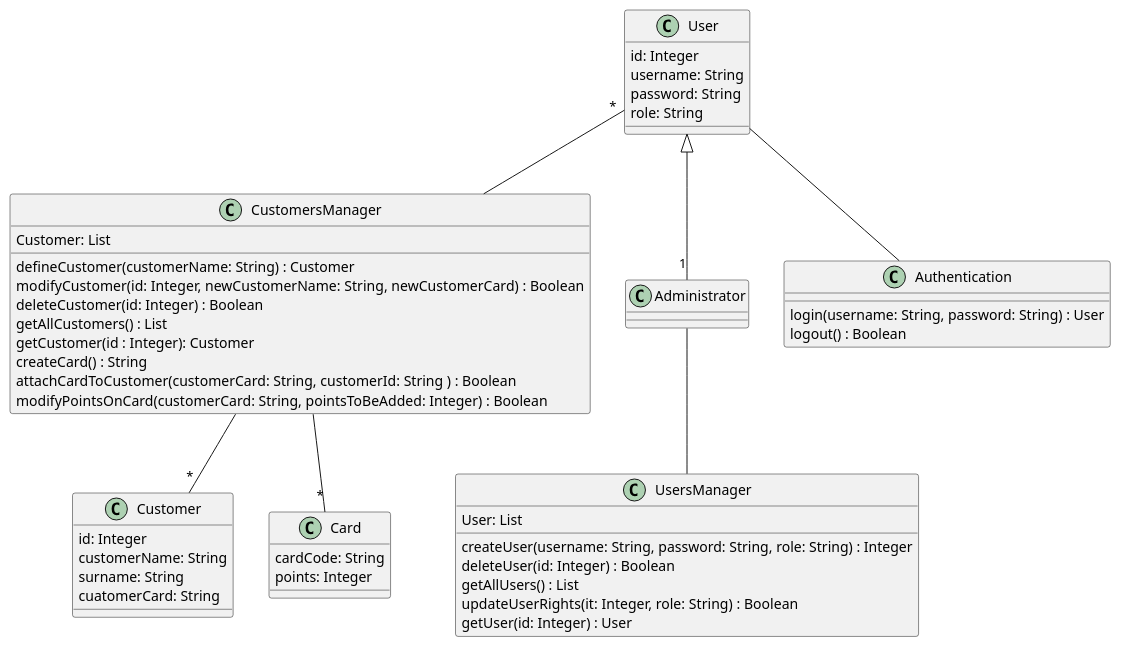
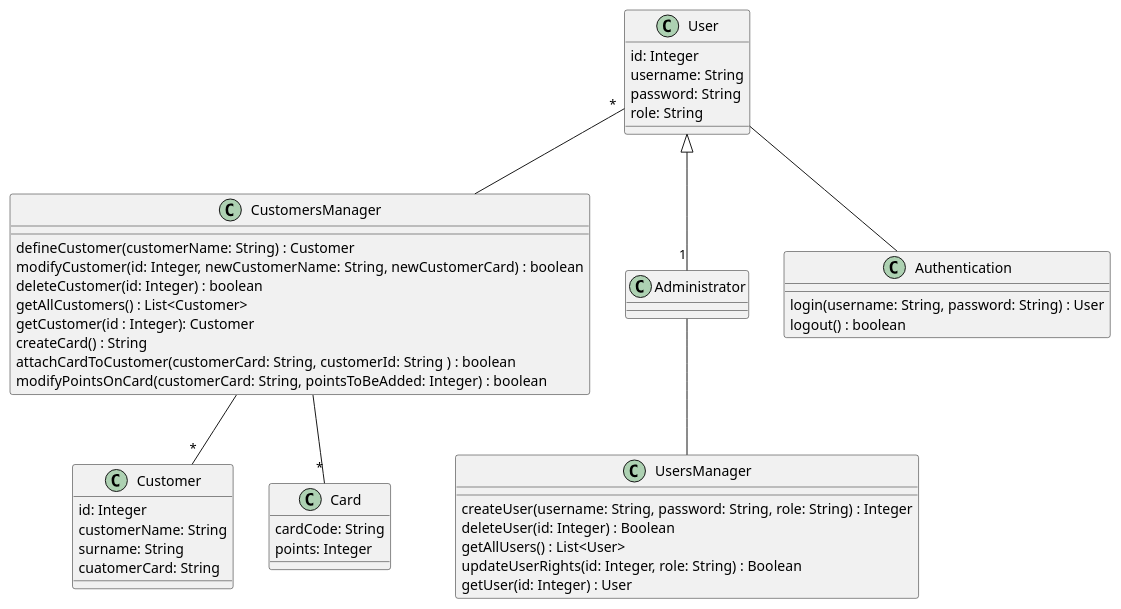
The second of 3 diagrams in Deliverables/DesignDocument.md (nicolabattaglino/ezshop), drawn with PlantUML before and after one commit. The commit also changed other lines of this file, not shown here.

````diff
--- a/Deliverables/DesignDocument.md
+++ b/Deliverables/DesignDocument.md
@@ -144,69 +187,68 @@
 ```plantuml
 @startuml
 
 class UsersManager{
-    User: List
     createUser(username: String, password: String, role: String) : Integer
     deleteUser(id: Integer) : Boolean
-    getAllUsers() : List
-    updateUserRights(it: Integer, role: String) : Boolean
+    getAllUsers() : List<User>
+    updateUserRights(id: Integer, role: String) : Boolean
     getUser(id: Integer) : User
 
 }
 
 class CustomersManager {
-    Customer: List
+  
     defineCustomer(customerName: String) : Customer
-    modifyCustomer(id: Integer, newCustomerName: String, newCustomerCard) : Boolean
-    deleteCustomer(id: Integer) : Boolean
-    getAllCustomers() : List
+    modifyCustomer(id: Integer, newCustomerName: String, newCustomerCard) : boolean
+    deleteCustomer(id: Integer) : boolean
+    getAllCustomers() : List<Customer>
     getCustomer(id : Integer): Customer
     createCard() : String
-    attachCardToCustomer(customerCard: String, customerId: String ) : Boolean
-    modifyPointsOnCard(customerCard: String, pointsToBeAdded: Integer) : Boolean
+    attachCardToCustomer(customerCard: String, customerId: String ) : boolean
+    modifyPointsOnCard(customerCard: String, pointsToBeAdded: Integer) : boolean
 }
 
 
 class User {
     id: Integer
     username: String
     password: String
     role: String
 
 }
 
 class Administrator {
     
     
 }
 
 class Customer {
     id: Integer
     customerName: String
     surname: String
     cuatomerCard: String
    
     
     
 }
 
 class Card {
     cardCode: String
     points: Integer
  
 }
 
 class Authentication {
     login(username: String, password: String) : User
-    logout() : Boolean
+    logout() : boolean
 }
 
 Administrator -- UsersManager
 User <|-- "1" Administrator
 CustomersManager -- "*" Customer
 User "*" -- CustomersManager
 CustomersManager -- "*" Card
 User -- Authentication
 @enduml
 
 ```
````
